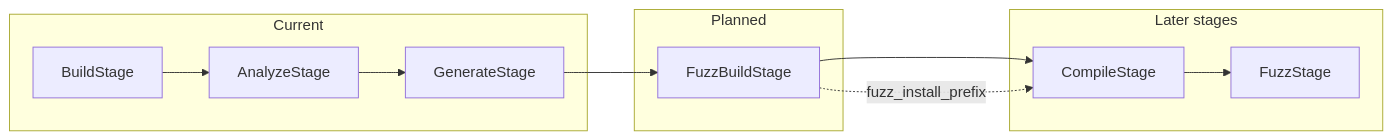
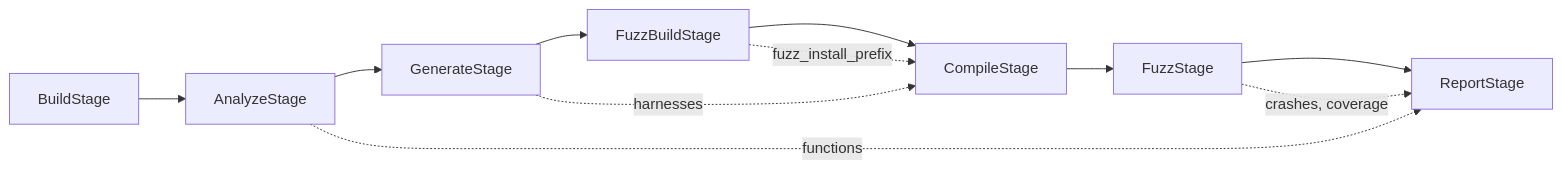
The second of 4 diagrams in docs/ARCHITECTURE.md (thientc/FutagAssist), drawn with Mermaid before and after one commit. The commit also changed other lines of this file and 5 other files, not shown here.

````diff
--- a/docs/ARCHITECTURE.md
+++ b/docs/ARCHITECTURE.md
@@ -450,17 +443,10 @@
 ```mermaid
 flowchart LR
-    subgraph existing [Current]
-        Build[BuildStage]
-        Analyze[AnalyzeStage]
-        Generate[GenerateStage]
-    end
-    subgraph planned [Planned]
-        FuzzBuild[FuzzBuildStage]
-    end
-    subgraph later [Later stages]
-        Compile[CompileStage]
-        Fuzz[FuzzStage]
-    end
-    Build --> Analyze --> Generate --> FuzzBuild --> Compile --> Fuzz
+    Build[BuildStage] --> Analyze[AnalyzeStage] --> Generate[GenerateStage]
+    Generate --> FuzzBuild[FuzzBuildStage] --> Compile[CompileStage]
+    Compile --> Fuzz[FuzzStage] --> Report[ReportStage]
     FuzzBuild -.->|fuzz_install_prefix| Compile
+    Generate -.->|harnesses| Compile
+    Fuzz -.->|crashes, coverage| Report
+    Analyze -.->|functions| Report
 ```
````
